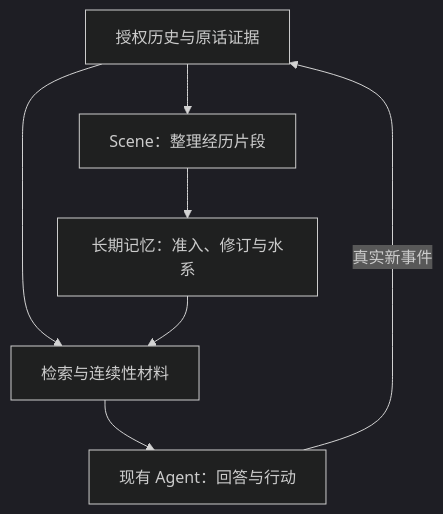
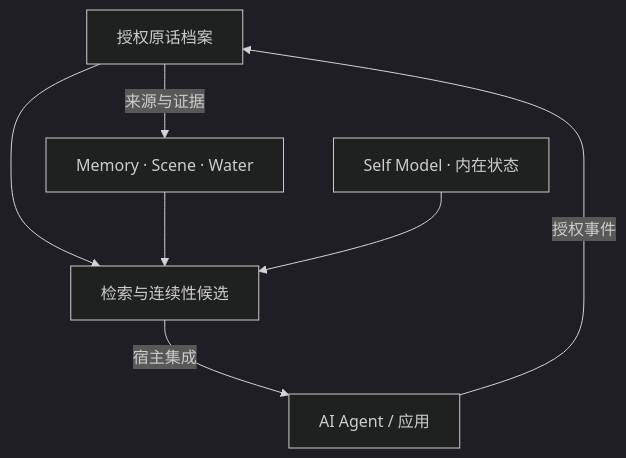
Before and after one commit to Nereviay/Thalemora: the diagram in README.md, drawn with Mermaid (dark theme). The commit also changed other lines of this file and 2 other files, not shown here.

````diff
--- a/README.md
+++ b/README.md
@@ -24,9 +42,9 @@
 ```mermaid
 flowchart TD
-  H["授权历史与原话证据"] --> S["Scene：整理经历片段"]
-  S --> M["长期记忆：准入、修订与水系"]
-  H --> R["检索与连续性材料"]
+  H["授权原话档案"] -->|"来源与证据"| M["Memory · Scene · Water"]
+  H --> R["检索与连续性候选"]
   M --> R
-  R --> A["现有 Agent：回答与行动"]
-  A -->|"真实新事件"| H
+  I["Self Model · 内在状态"] --> R
+  R -->|"宿主集成"| A["AI Agent / 应用"]
+  A -->|"授权事件"| H
 ```
````
